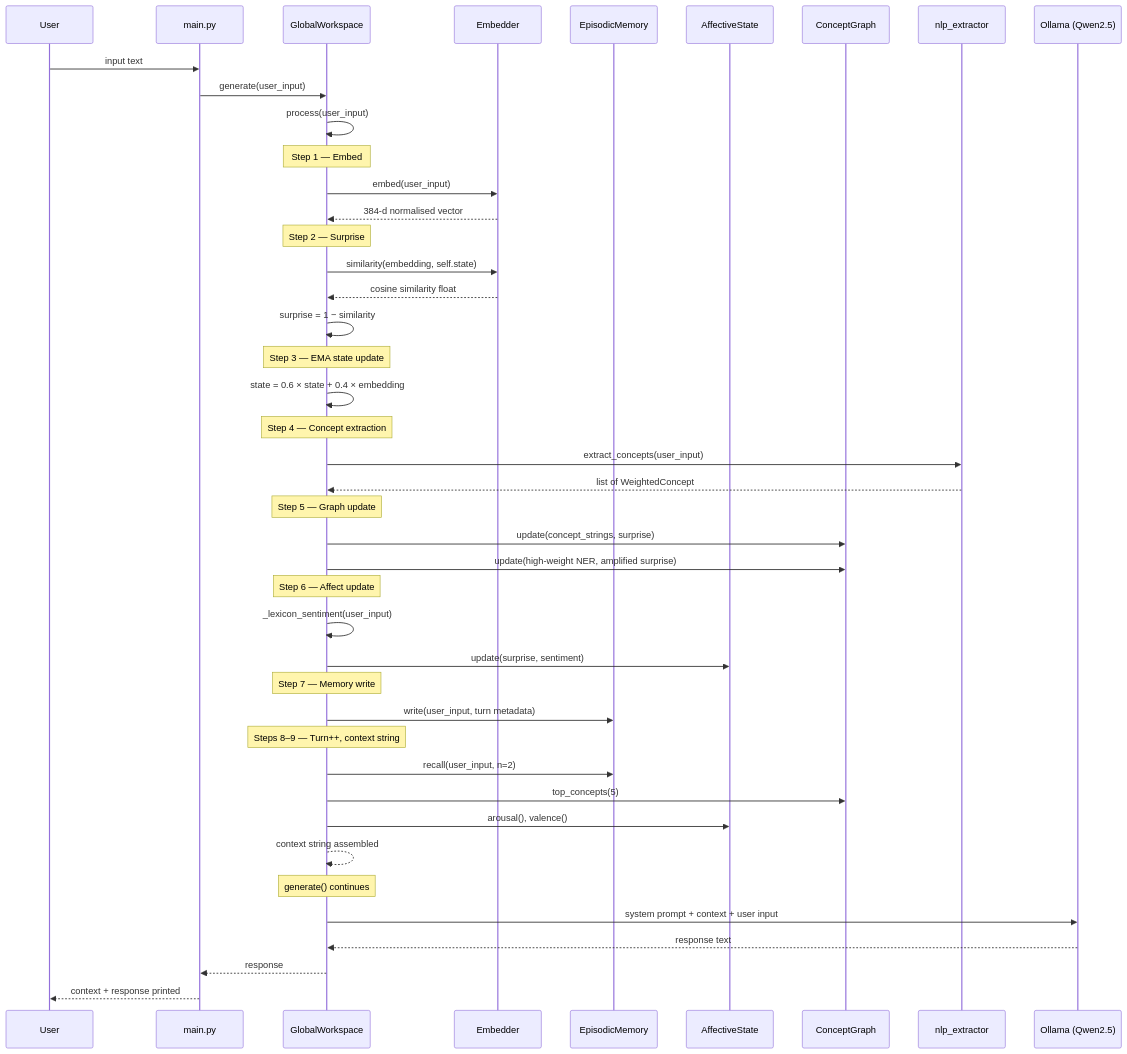
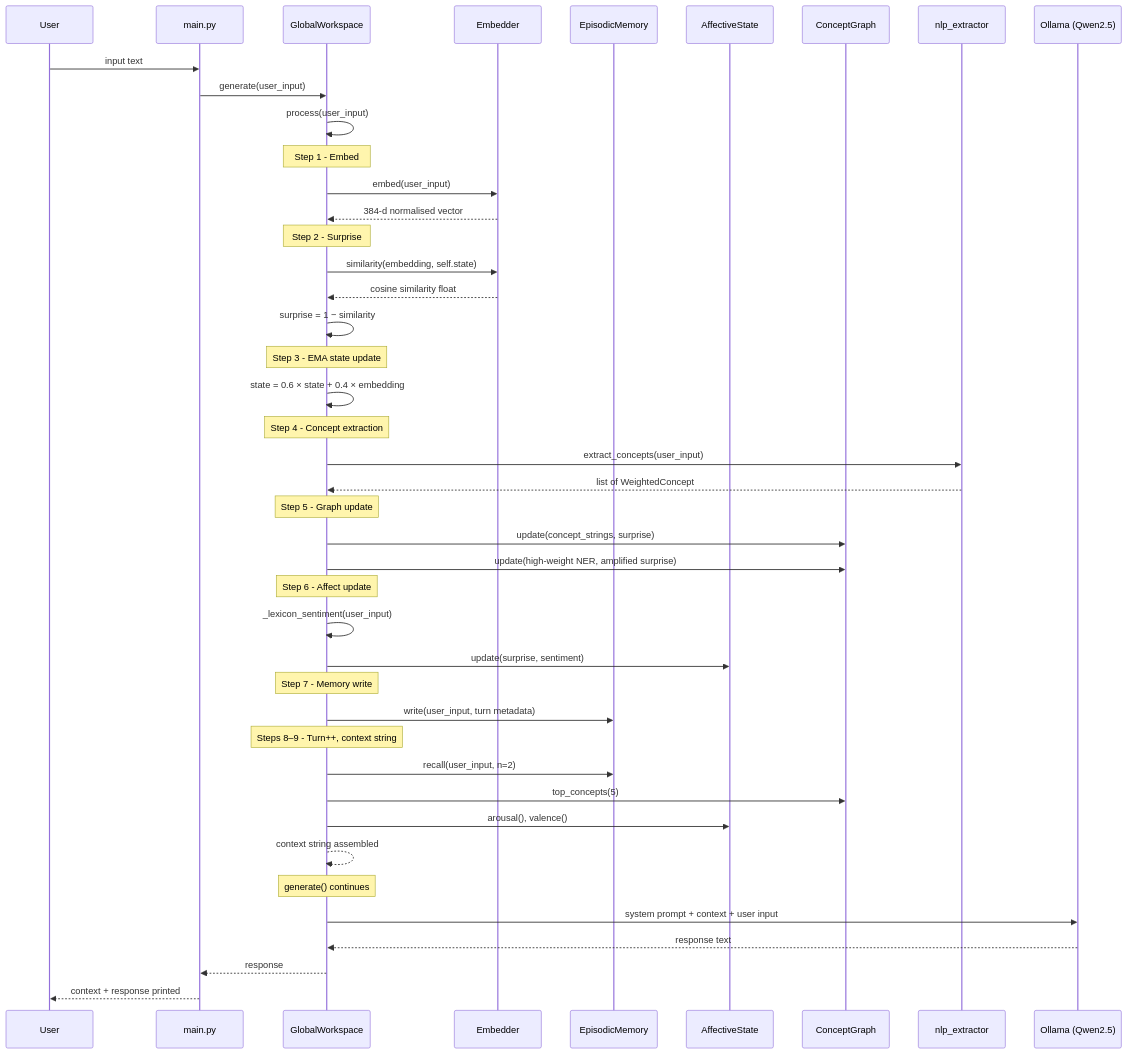
The diagram in AGENTS.md (BerpyDerpy/TOPOS_v2), drawn with Mermaid before and after one commit. The commit also changed other lines of this file and 22 other files, not shown here.

````diff
--- a/AGENTS.md
+++ b/AGENTS.md
@@ -59,55 +59,55 @@
 ```mermaid
 sequenceDiagram
     participant User
     participant Main as main.py
     participant WS as GlobalWorkspace
     participant Emb as Embedder
     participant Mem as EpisodicMemory
     participant Aff as AffectiveState
     participant Grp as ConceptGraph
     participant NLP as nlp_extractor
     participant SLM as Ollama (Qwen2.5)
 
     User->>Main: input text
     Main->>WS: generate(user_input)
     WS->>WS: process(user_input)
 
-    Note over WS: Step 1 — Embed
+    Note over WS: Step 1  -  Embed
     WS->>Emb: embed(user_input)
     Emb-->>WS: 384-d normalised vector
 
-    Note over WS: Step 2 — Surprise
+    Note over WS: Step 2  -  Surprise
     WS->>Emb: similarity(embedding, self.state)
     Emb-->>WS: cosine similarity float
     WS->>WS: surprise = 1 − similarity
 
-    Note over WS: Step 3 — EMA state update
+    Note over WS: Step 3  -  EMA state update
     WS->>WS: state = 0.6 × state + 0.4 × embedding
 
-    Note over WS: Step 4 — Concept extraction
+    Note over WS: Step 4  -  Concept extraction
     WS->>NLP: extract_concepts(user_input)
     NLP-->>WS: list of WeightedConcept
 
-    Note over WS: Step 5 — Graph update
+    Note over WS: Step 5  -  Graph update
     WS->>Grp: update(concept_strings, surprise)
     WS->>Grp: update(high-weight NER, amplified surprise)
 
-    Note over WS: Step 6 — Affect update
+    Note over WS: Step 6  -  Affect update
     WS->>WS: _lexicon_sentiment(user_input)
     WS->>Aff: update(surprise, sentiment)
 
-    Note over WS: Step 7 — Memory write
+    Note over WS: Step 7  -  Memory write
     WS->>Mem: write(user_input, turn metadata)
 
-    Note over WS: Steps 8–9 — Turn++, context string
+    Note over WS: Steps 8–9  -  Turn++, context string
     WS->>Mem: recall(user_input, n=2)
     WS->>Grp: top_concepts(5)
     WS->>Aff: arousal(), valence()
     WS-->>WS: context string assembled
 
     Note over WS: generate() continues
     WS->>SLM: system prompt + context + user input
     SLM-->>WS: response text
     WS-->>Main: response
     Main-->>User: context + response printed
 ```
````
